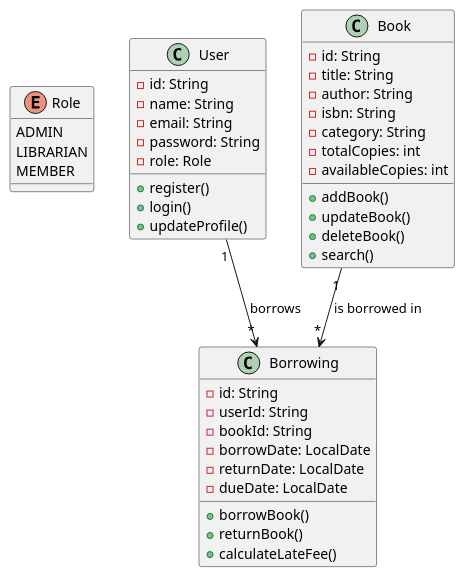
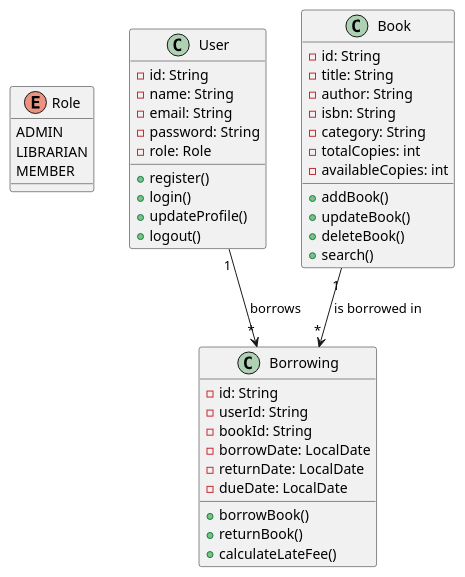
The diagram in LibraryUml.puml (Ericallibalogun/My_Library), drawn with PlantUML before and after one commit. The commit also changed 10 other files, not shown here.

```diff
--- a/LibraryUml.puml
+++ b/LibraryUml.puml
@@ -1,53 +1,54 @@
 @startuml
 ' ENUM FOR USER ROLE
 enum Role {
   ADMIN
   LIBRARIAN
   MEMBER
 }
 
 ' USER ENTITY
 class User {
   - id: String
   - name: String
   - email: String
   - password: String
   - role: Role
   + register()
   + login()
   + updateProfile()
+  + logout()
 }
 
 ' BOOK ENTITY
 class Book {
   - id: String
   - title: String
   - author: String
   - isbn: String
   - category: String
   - totalCopies: int
   - availableCopies: int
   + addBook()
   + updateBook()
   + deleteBook()
   + search()
 }
 
 ' BORROWING ENTITY
 class Borrowing {
   - id: String
   - userId: String
   - bookId: String
   - borrowDate: LocalDate
   - returnDate: LocalDate
   - dueDate: LocalDate
   + borrowBook()
   + returnBook()
   + calculateLateFee()
 }
 
 ' RELATIONSHIPS
 User "1" --> "*" Borrowing : borrows
 Book "1" --> "*" Borrowing : is borrowed in
 
 @enduml
```
